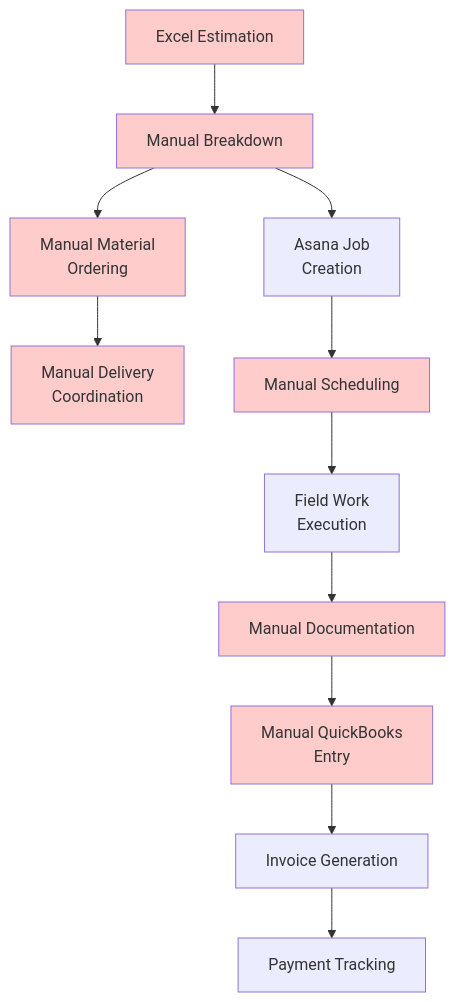
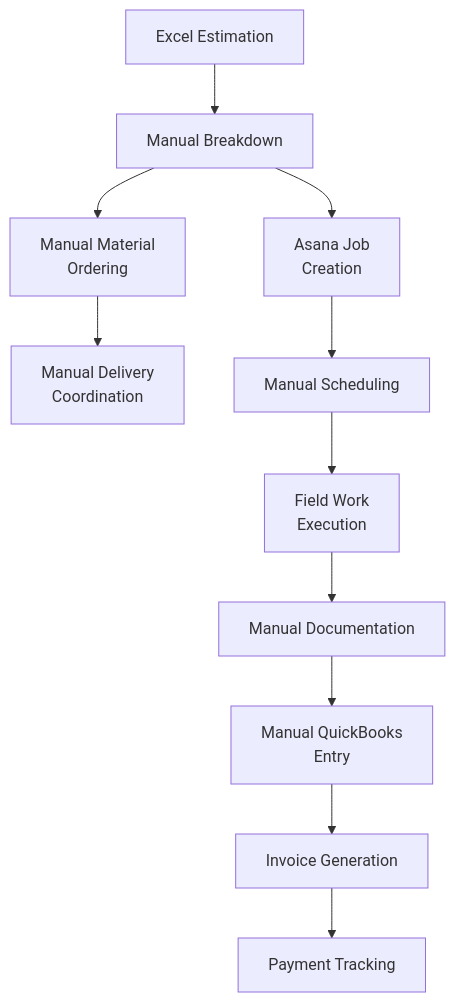
The first of 2 diagrams in scheduling/hvac-scheduling-current-state.md (Seran003/xmechtest2), drawn with Mermaid before and after one commit. The commit also changed 1 other file, not shown here.

Commit message:
update the formatting

````diff
--- a/scheduling/hvac-scheduling-current-state.md
+++ b/scheduling/hvac-scheduling-current-state.md
@@ -49,23 +49,15 @@
 ```mermaid
 flowchart TD
     A[Excel Estimation] --> B[Manual Breakdown]
     B --> C[Manual Material<br/>Ordering]
     B --> D[Asana Job<br/>Creation]
     C --> E[Manual Delivery<br/>Coordination]
     D --> F[Manual Scheduling]
     F --> G[Field Work<br/>Execution]
     G --> H[Manual Documentation]
     H --> I[Manual QuickBooks<br/>Entry]
     I --> J[Invoice Generation]
     J --> K[Payment Tracking]
     
-    style A fill:#ffcccc
-    style B fill:#ffcccc
-    style C fill:#ffcccc
-    style E fill:#ffcccc
-    style F fill:#ffcccc
-    style H fill:#ffcccc
-    style I fill:#ffcccc
-    
     classDef manual fill:#ffcccc,stroke:#ff0000,stroke-width:2px
 ```
````
